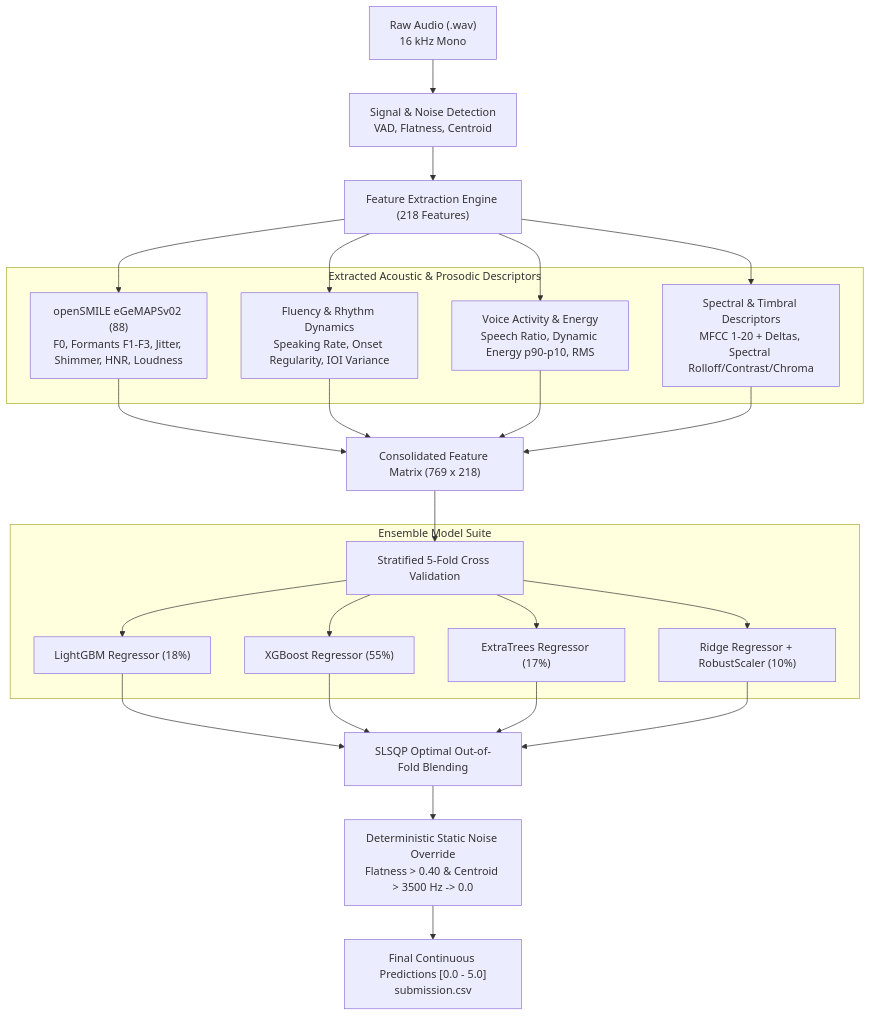
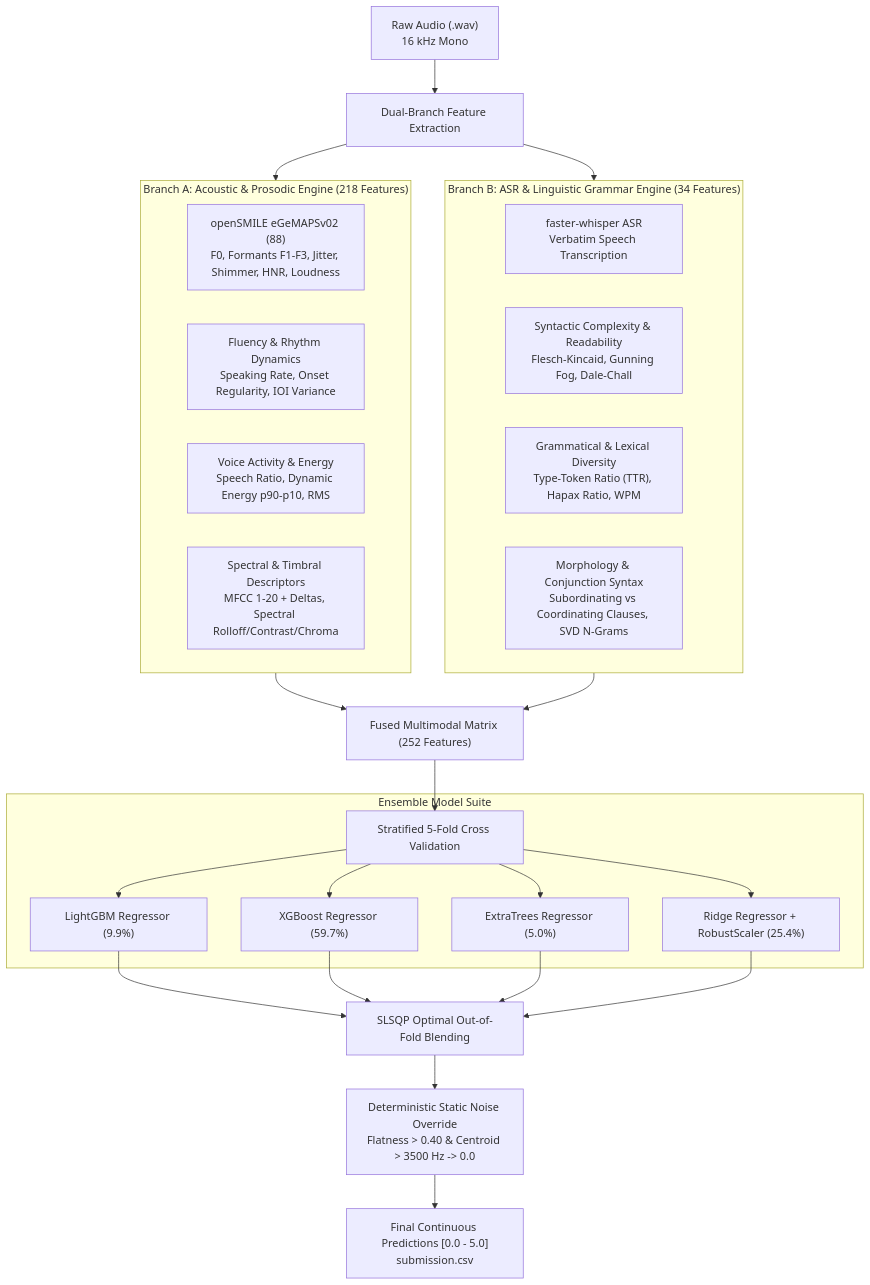
Before and after one commit to Sehaj64/shl-hiring-assessment-2026: the diagram in README.md, drawn with Mermaid. The commit also changed other lines of this file and 14 other files, not shown here.

Commit message:
feat: multimodal grammar scoring engine with faster-whisper ASR and eGeMAPS fusion

````diff
--- a/README.md
+++ b/README.md
@@ -31,39 +31,41 @@
 ```mermaid
 flowchart TD
-    A["Raw Audio (.wav)<br>16 kHz Mono"] --> B["Signal & Noise Detection<br>VAD, Flatness, Centroid"]
-    B --> C["Feature Extraction Engine (218 Features)"]
+    A["Raw Audio (.wav)<br>16 kHz Mono"] --> B["Dual-Branch Feature Extraction"]
     
-    subgraph FeatureSet ["Extracted Acoustic & Prosodic Descriptors"]
-        C1["openSMILE eGeMAPSv02 (88)<br>F0, Formants F1-F3, Jitter, Shimmer, HNR, Loudness"]
-        C2["Fluency & Rhythm Dynamics<br>Speaking Rate, Onset Regularity, IOI Variance"]
-        C3["Voice Activity & Energy<br>Speech Ratio, Dynamic Energy p90-p10, RMS"]
-        C4["Spectral & Timbral Descriptors<br>MFCC 1-20 + Deltas, Spectral Rolloff/Contrast/Chroma"]
+    subgraph BranchA ["Branch A: Acoustic & Prosodic Engine (218 Features)"]
+        A1["openSMILE eGeMAPSv02 (88)<br>F0, Formants F1-F3, Jitter, Shimmer, HNR, Loudness"]
+        A2["Fluency & Rhythm Dynamics<br>Speaking Rate, Onset Regularity, IOI Variance"]
+        A3["Voice Activity & Energy<br>Speech Ratio, Dynamic Energy p90-p10, RMS"]
+        A4["Spectral & Timbral Descriptors<br>MFCC 1-20 + Deltas, Spectral Rolloff/Contrast/Chroma"]
     end
     
-    C --> C1
-    C --> C2
-    C --> C3
-    C --> C4
+    subgraph BranchB ["Branch B: ASR & Linguistic Grammar Engine (34 Features)"]
+        B1["faster-whisper ASR<br>Verbatim Speech Transcription"]
+        B2["Syntactic Complexity & Readability<br>Flesch-Kincaid, Gunning Fog, Dale-Chall"]
+        B3["Grammatical & Lexical Diversity<br>Type-Token Ratio (TTR), Hapax Ratio, WPM"]
+        B4["Morphology & Conjunction Syntax<br>Subordinating vs Coordinating Clauses, SVD N-Grams"]
+    end
     
-    C1 --> D["Consolidated Feature Matrix (769 x 218)"]
-    C2 --> D
-    C3 --> D
-    C4 --> D
+    B --> BranchA
+    B --> BranchB
+    
+    BranchA --> D["Fused Multimodal Matrix (252 Features)"]
+    BranchB --> D
     
     D --> E["Stratified 5-Fold Cross Validation"]
     
     subgraph Ensemble ["Ensemble Model Suite"]
-        E --> M1["LightGBM Regressor (18%)"]
-        E --> M2["XGBoost Regressor (55%)"]
-        E --> M3["ExtraTrees Regressor (17%)"]
-        E --> M4["Ridge Regressor + RobustScaler (10%)"]
+        E --> M1["LightGBM Regressor (9.9%)"]
+        E --> M2["XGBoost Regressor (59.7%)"]
+        E --> M3["ExtraTrees Regressor (5.0%)"]
+        E --> M4["Ridge Regressor + RobustScaler (25.4%)"]
     end
     
     M1 --> F["SLSQP Optimal Out-of-Fold Blending"]
     M2 --> F
     M3 --> F
     M4 --> F
     
     F --> G["Deterministic Static Noise Override<br>Flatness > 0.40 & Centroid > 3500 Hz -> 0.0"]
     G --> H["Final Continuous Predictions [0.0 - 5.0]<br>submission.csv"]
 ```
````
